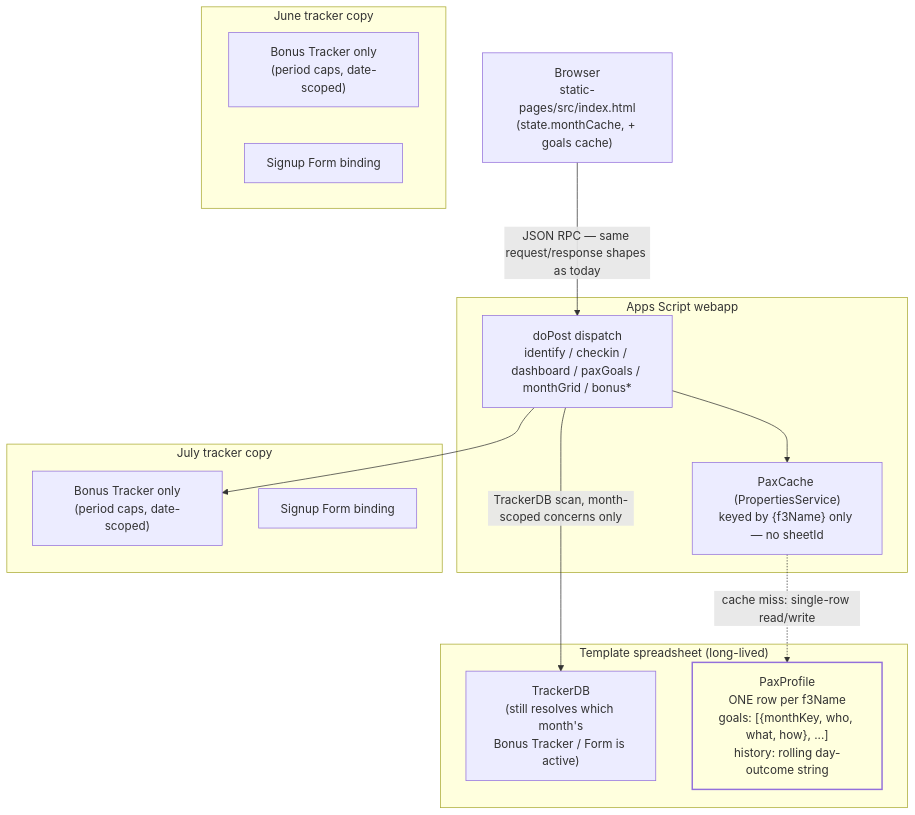
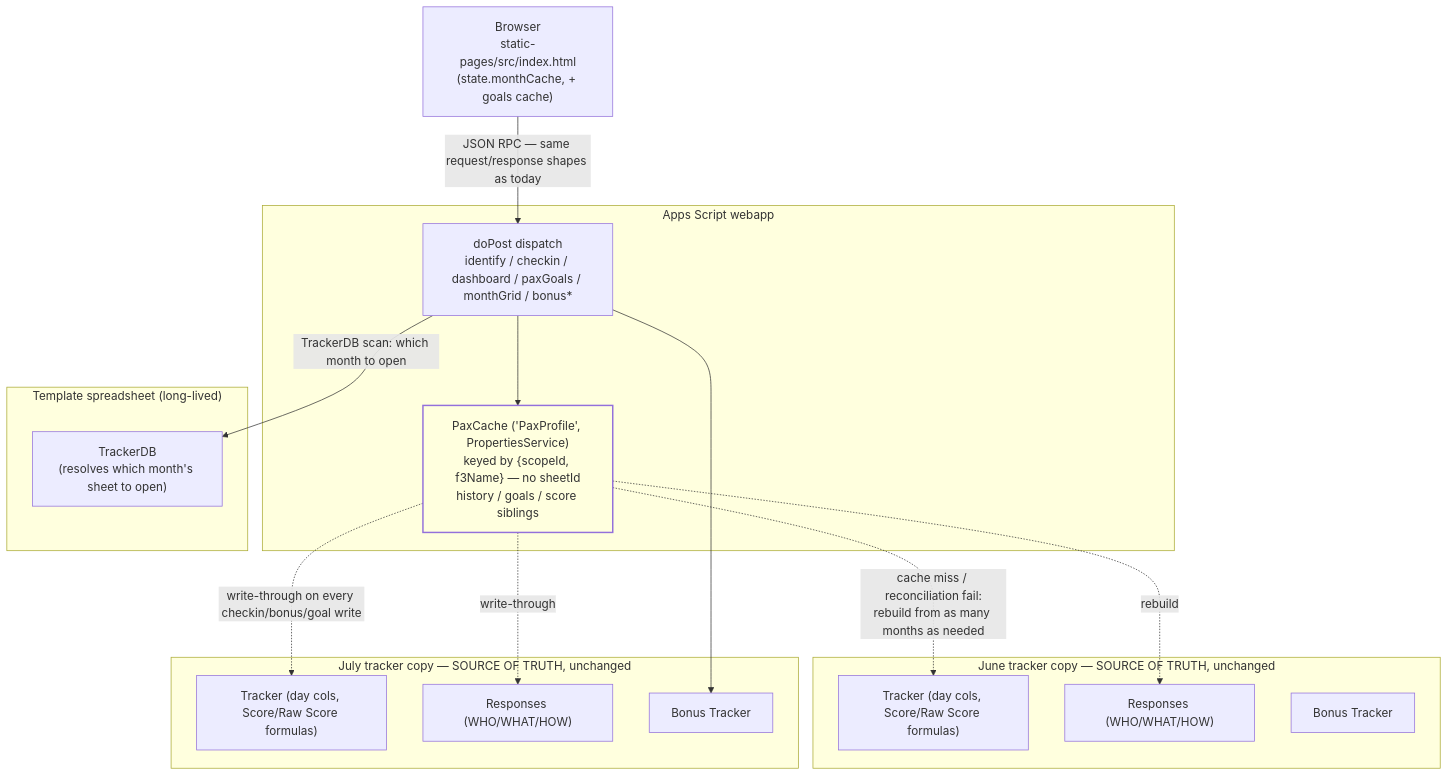
Before and after one commit to stuartdonaldson/F3Go30: the second of 2 diagrams in docs/pax-data-model-and-contract.md, drawn with Mermaid. The commit also changed other lines of this file and 6 other files, not shown here.

````diff
--- a/docs/pax-data-model-and-contract.md
+++ b/docs/pax-data-model-and-contract.md
@@ -496,32 +512,36 @@
 ```mermaid
 flowchart TB
     Browser["Browser<br/>static-pages/src/index.html<br/>(state.monthCache, + goals cache)"]
 
     subgraph GAS["Apps Script webapp"]
         Dispatch["doPost dispatch<br/>identify / checkin / dashboard / paxGoals / monthGrid / bonus*"]
-        PaxCache2["PaxCache (PropertiesService)<br/>keyed by {f3Name} only — no sheetId"]
+        PaxCache2["PaxCache ('PaxProfile', PropertiesService)<br/>keyed by {scopeId, f3Name} — no sheetId<br/>history / goals / score siblings"]
     end
 
     subgraph Template["Template spreadsheet (long-lived)"]
-        TrackerDB2["TrackerDB<br/>(still resolves which month's<br/>Bonus Tracker / Form is active)"]
-        PaxProfile["PaxProfile<br/>ONE row per f3Name<br/>goals: [{monthKey, who, what, how}, ...]<br/>history: rolling day-outcome string"]
+        TrackerDB2["TrackerDB<br/>(resolves which month's sheet to open)"]
     end
 
-    subgraph MonthJune2["June tracker copy"]
-        BJune2["Bonus Tracker only<br/>(period caps, date-scoped)"]
-        FJune2["Signup Form binding"]
+    subgraph MonthJune2["June tracker copy — SOURCE OF TRUTH, unchanged"]
+        TJune2["Tracker (day cols, Score/Raw Score formulas)"]
+        RJune2["Responses (WHO/WHAT/HOW)"]
+        BJune2["Bonus Tracker"]
     end
 
-    subgraph MonthJuly2["July tracker copy"]
-        BJuly2["Bonus Tracker only<br/>(period caps, date-scoped)"]
-        FJuly2["Signup Form binding"]
+    subgraph MonthJuly2["July tracker copy — SOURCE OF TRUTH, unchanged"]
+        TJuly2["Tracker (day cols, Score/Raw Score formulas)"]
+        RJuly2["Responses (WHO/WHAT/HOW)"]
+        BJuly2["Bonus Tracker"]
     end
 
     Browser -->|"JSON RPC — same request/response shapes as today"| Dispatch
     Dispatch --> PaxCache2
-    PaxCache2 -.->|"cache miss: single-row read/write"| PaxProfile
-    Dispatch -->|"TrackerDB scan, month-scoped concerns only"| TrackerDB2
     Dispatch --> BJuly2
+    Dispatch -->|"TrackerDB scan: which month to open"| TrackerDB2
+    PaxCache2 -.->|"write-through on every checkin/bonus/goal write"| TJuly2
+    PaxCache2 -.->|"write-through"| RJuly2
+    PaxCache2 -.->|"cache miss / reconciliation fail:<br/>rebuild from as many months as needed"| TJune2
+    PaxCache2 -.->|"rebuild"| RJune2
 
-    style PaxProfile fill:#00000000,stroke-width:2px
+    style PaxCache2 fill:#00000000,stroke-width:2px
 ```
````
